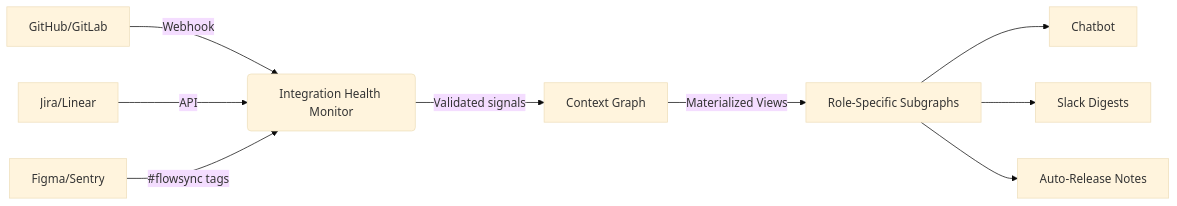
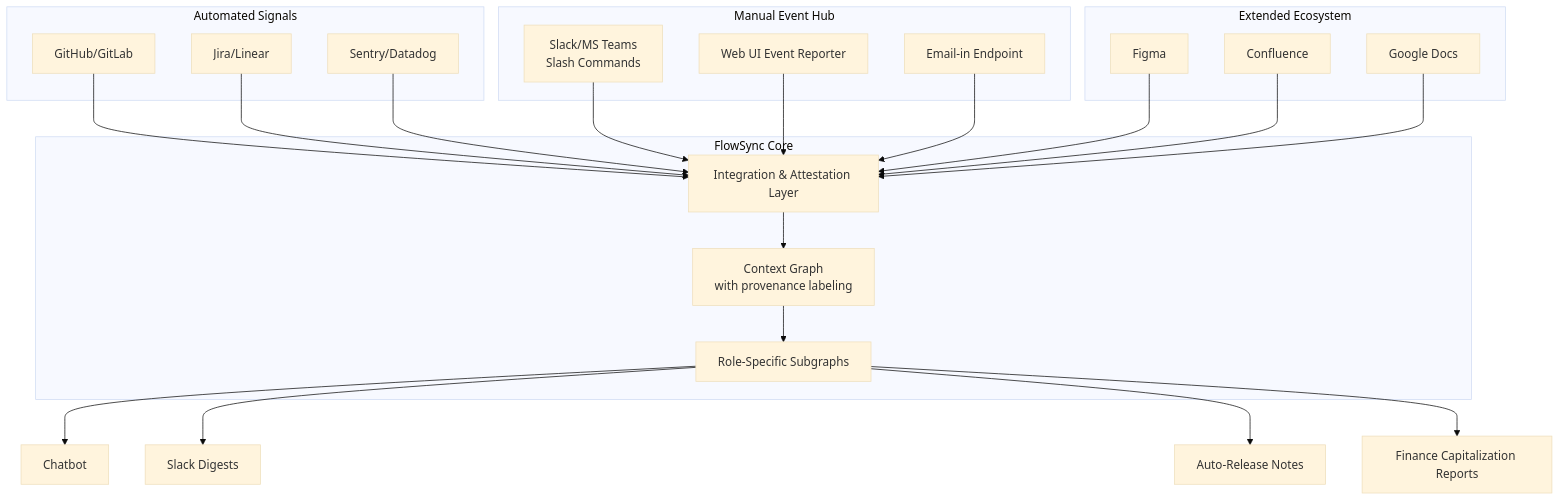
Before and after one commit to as00r-dev/FlowSync: the diagram in Docs/PRD.md, drawn with Mermaid (base theme). The commit also changed other lines of this file and 45 other files, not shown here.

````diff
--- a/Docs/PRD.md
+++ b/Docs/PRD.md
@@ -18,11 +24,35 @@
 ```mermaid
-graph LR
-A[GitHub/GitLab] -->|Webhook| B(Integration Health Monitor)
-C[Jira/Linear] -->|API| B
-D[Figma/Sentry] -->|#flowsync tags| B
-B -->|Validated signals| E[Context Graph]
-E -->|Materialized Views| F[Role-Specific Subgraphs]
-F --> G[Chatbot]
-F --> H[Slack Digests]
-F --> I[Auto-Release Notes]
+graph TB
+    subgraph Automated Signals
+        A[GitHub/GitLab]
+        B[Jira/Linear]
+        C[Sentry/Datadog]
+    end
+
+    subgraph Manual Event Hub
+        D[Slack/MS Teams<br>Slash Commands]
+        E[Web UI Event Reporter]
+        F[Email-in Endpoint]
+    end
+
+    subgraph Extended Ecosystem
+        G[Figma]
+        H[Confluence]
+        I[Google Docs]
+    end
+
+    subgraph FlowSync Core
+        J[Integration & Attestation Layer]
+        J --> K[Context Graph<br>with provenance labeling]
+        K --> L[Role-Specific Subgraphs]
+    end
+
+    A & B & C --> J
+    D & E & F --> J
+    G & H & I --> J
+
+    L --> M[Chatbot]
+    L --> N[Slack Digests]
+    L --> O[Auto-Release Notes]
+    L --> P[Finance Capitalization Reports]
 ```
````
